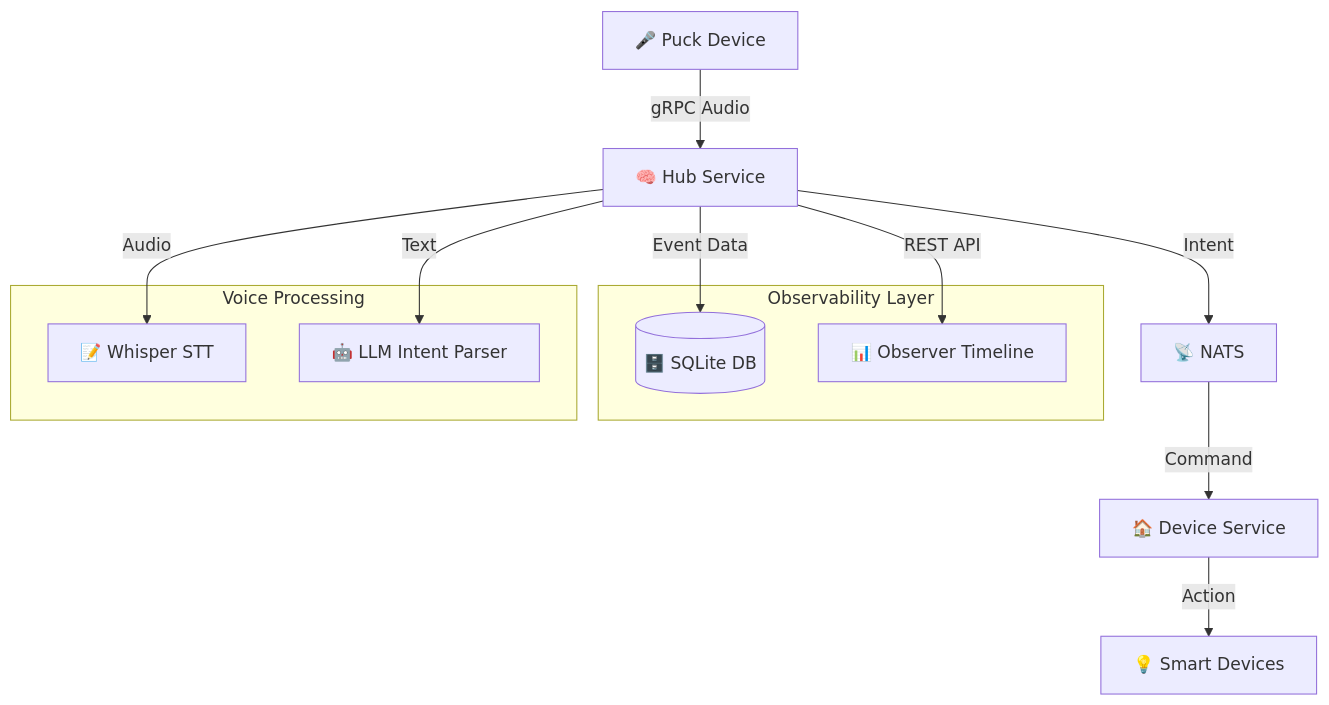
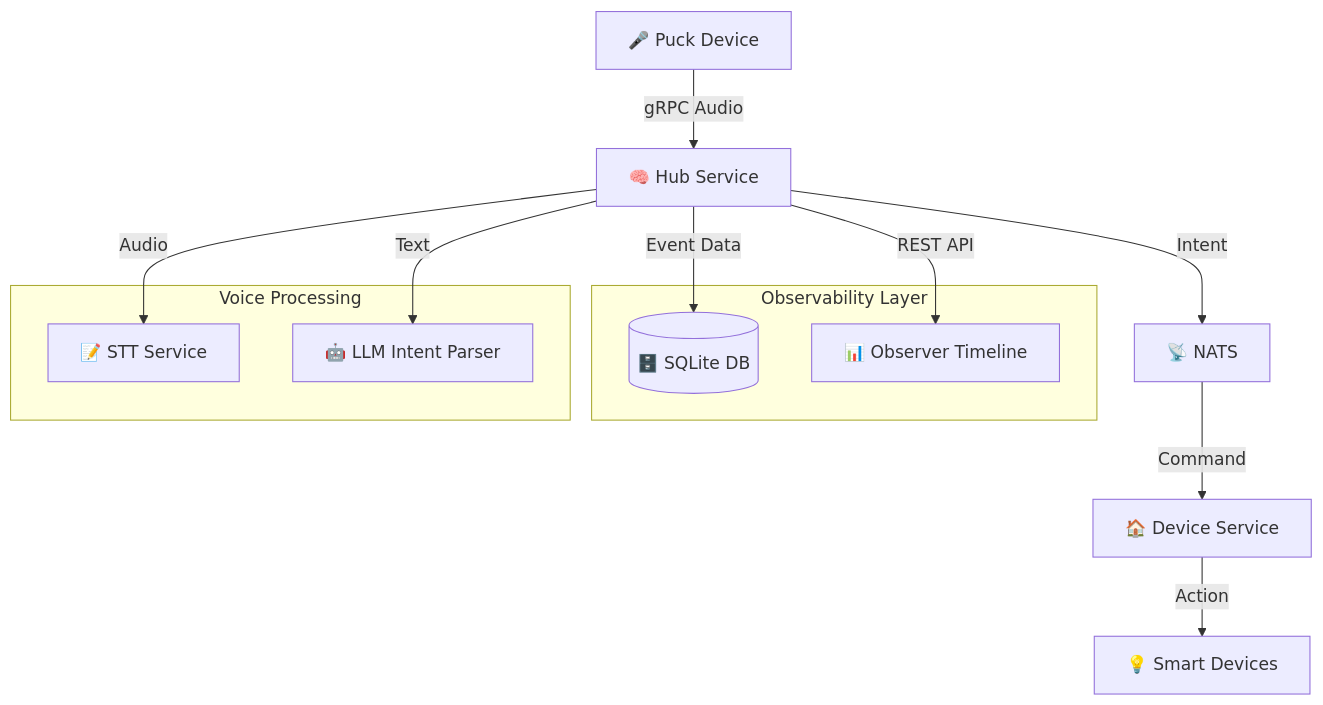
The diagram in docs/architecture.md (loqalabs/loqa), drawn with Mermaid before and after one commit. The commit also changed other lines of this file and 13 other files, not shown here.

````diff
--- a/docs/architecture.md
+++ b/docs/architecture.md
@@ -45,21 +45,21 @@
 ```mermaid
 graph TB
     P[🎤 Puck Device] -->|gRPC Audio| H[🧠 Hub Service]
-    H -->|Audio| W[📝 Whisper STT]
+    H -->|Audio| W[📝 STT Service]
     H -->|Text| L[🤖 LLM Intent Parser]
     H -->|Event Data| DB[(🗄️ SQLite DB)]
     H -->|REST API| UI[📊 Observer Timeline]
     H -->|Intent| N[📡 NATS]
     N -->|Command| D[🏠 Device Service]
     D -->|Action| DEVICES[💡 Smart Devices]
     
     subgraph "Observability Layer"
         DB
         UI
     end
     
     subgraph "Voice Processing"
         W
         L
     end
 ```
````
